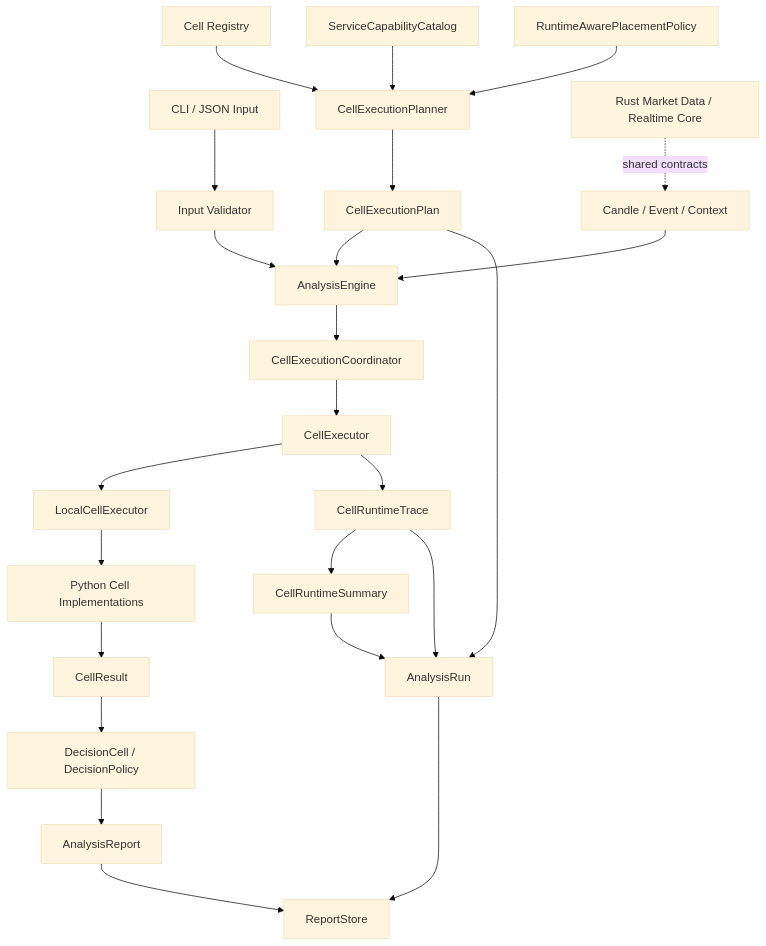
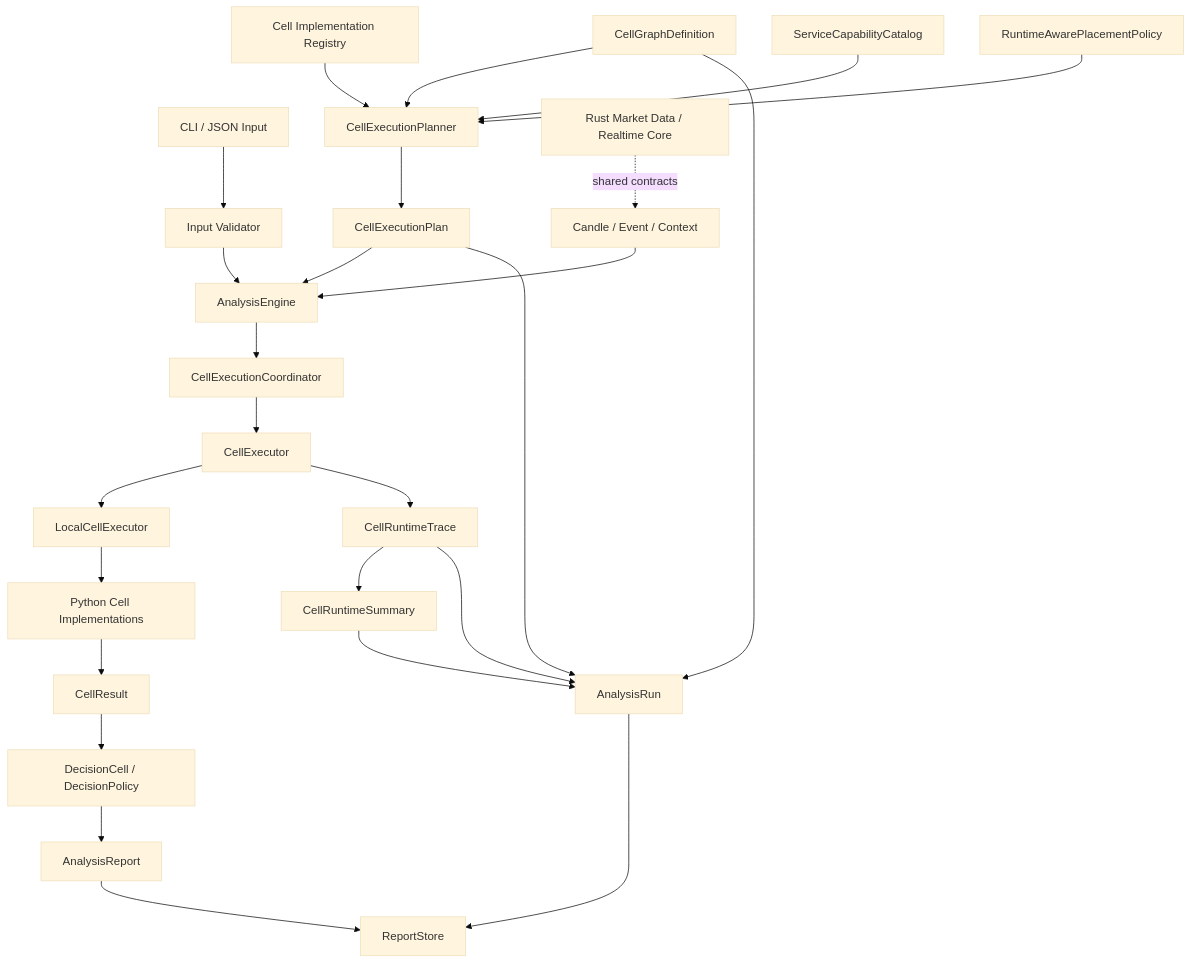
The diagram in docs/system_architecture.md (ModWU/market-cell), drawn with Mermaid (base theme) before and after one commit. The commit also changed other lines of this file and 38 other files, not shown here.

Commit message:
Add versioned Cell graph definitions

````diff
--- a/docs/system_architecture.md
+++ b/docs/system_architecture.md
@@ -42,30 +42,32 @@
 ```mermaid
 flowchart TD
     Input["CLI / JSON Input"] --> Validate["Input Validator"]
     Validate --> Engine["AnalysisEngine"]
 
-    Registry["Cell Registry"] --> Planner["CellExecutionPlanner"]
+    Graph["CellGraphDefinition"] --> Planner["CellExecutionPlanner"]
+    Registry["Cell Implementation Registry"] --> Planner
     Catalog["ServiceCapabilityCatalog"] --> Planner
     Placement["RuntimeAwarePlacementPolicy"] --> Planner
     Planner --> Plan["CellExecutionPlan"]
     Plan --> Engine
 
     Engine --> Coordinator["CellExecutionCoordinator"]
     Coordinator --> Executor["CellExecutor"]
     Executor --> Local["LocalCellExecutor"]
     Local --> Cells["Python Cell Implementations"]
     Cells --> Results["CellResult"]
     Results --> Decision["DecisionCell / DecisionPolicy"]
     Decision --> Report["AnalysisReport"]
 
     Executor --> Trace["CellRuntimeTrace"]
     Trace --> Summary["CellRuntimeSummary"]
     Plan --> Run["AnalysisRun"]
+    Graph --> Run
     Trace --> Run
     Summary --> Run
     Report --> Store["ReportStore"]
     Run --> Store
 
     Data["Candle / Event / Context"] --> Engine
     Rust["Rust Market Data / Realtime Core"] -. shared contracts .-> Data
 ```
````
